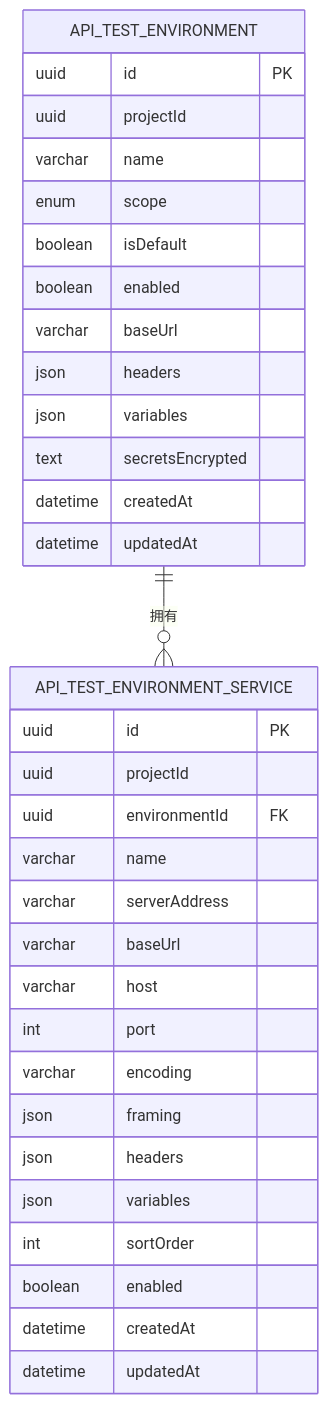
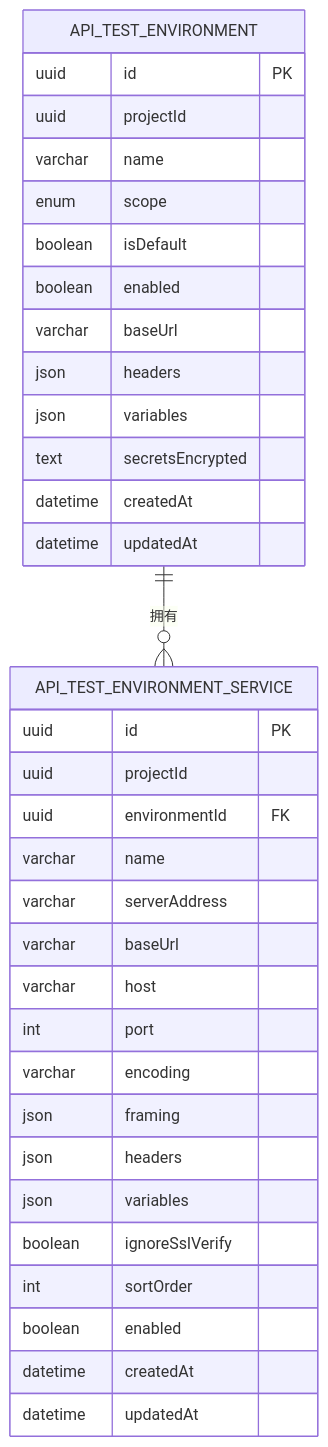
The third of 6 diagrams in .qoder/repowiki/zh/content/API 参考文档/API 测试 API/环境配置管理.md (Lichhu/caseForge), drawn with Mermaid before and after one commit. The commit also changed other lines of this file and 8 other files, not shown here.

````diff
--- a/.qoder/repowiki/zh/content/API 参考文档/API 测试 API/环境配置管理.md
+++ b/.qoder/repowiki/zh/content/API 参考文档/API 测试 API/环境配置管理.md
@@ -132,36 +146,37 @@
 ```mermaid
 erDiagram
 API_TEST_ENVIRONMENT {
 uuid id PK
 uuid projectId
 varchar name
 enum scope
 boolean isDefault
 boolean enabled
 varchar baseUrl
 json headers
 json variables
 text secretsEncrypted
 datetime createdAt
 datetime updatedAt
 }
 API_TEST_ENVIRONMENT_SERVICE {
 uuid id PK
 uuid projectId
 uuid environmentId FK
 varchar name
 varchar serverAddress
 varchar baseUrl
 varchar host
 int port
 varchar encoding
 json framing
 json headers
 json variables
+boolean ignoreSslVerify
 int sortOrder
 boolean enabled
 datetime createdAt
 datetime updatedAt
 }
 API_TEST_ENVIRONMENT ||--o{ API_TEST_ENVIRONMENT_SERVICE : "拥有"
 ```
````
